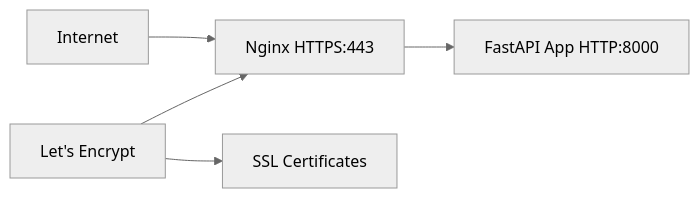
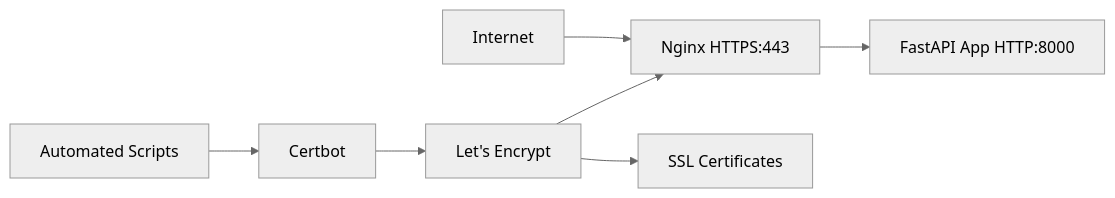
One commit to bsamaha/dk changed the diagram in docs/HTTPS_SETUP.md. Above: the diagram before and after it, drawn with Mermaid (neutral theme). The commit also changed other lines of this file and 1 other file, not shown here.

````diff
--- a/docs/HTTPS_SETUP.md
+++ b/docs/HTTPS_SETUP.md
@@ -16,7 +17,9 @@
 ```mermaid
 graph LR
     A[Internet] --> B[Nginx HTTPS:443]
     B --> C[FastAPI App HTTP:8000]
     D[Let's Encrypt] --> B
     D --> E[SSL Certificates]
+    F[Certbot] --> D
+    G[Automated Scripts] --> F
 ```
````
